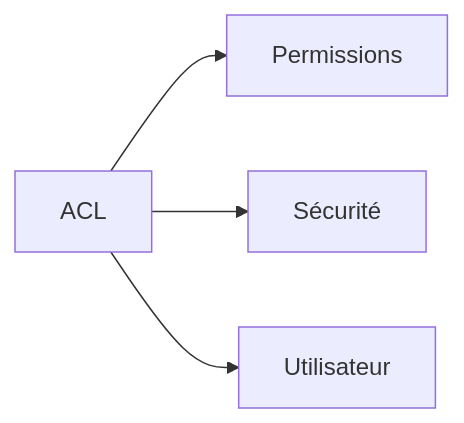
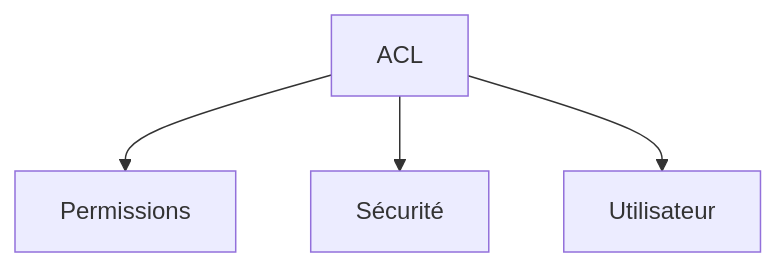
One commit to zyrass/omnydocs changed the first of 44 diagrams in docs/glossaire/administration-systeme.md. Above: the diagram before and after it, drawn with Mermaid. The commit also changed other lines of this file and 1780 other files, not shown here.

````diff
--- a/docs/glossaire/administration-systeme.md
+++ b/docs/glossaire/administration-systeme.md
@@ -26,6 +32,6 @@
-    ```mermaid
-    graph LR
-        A[ACL] --> B[Permissions]
-        A --> C[Sécurité]
-        A --> D[Utilisateur]
-    ```
+```mermaid
+graph TB
+    A[ACL] --> B[Permissions]
+    A --> C[Sécurité]
+    A --> D[Utilisateur]
+```
````
